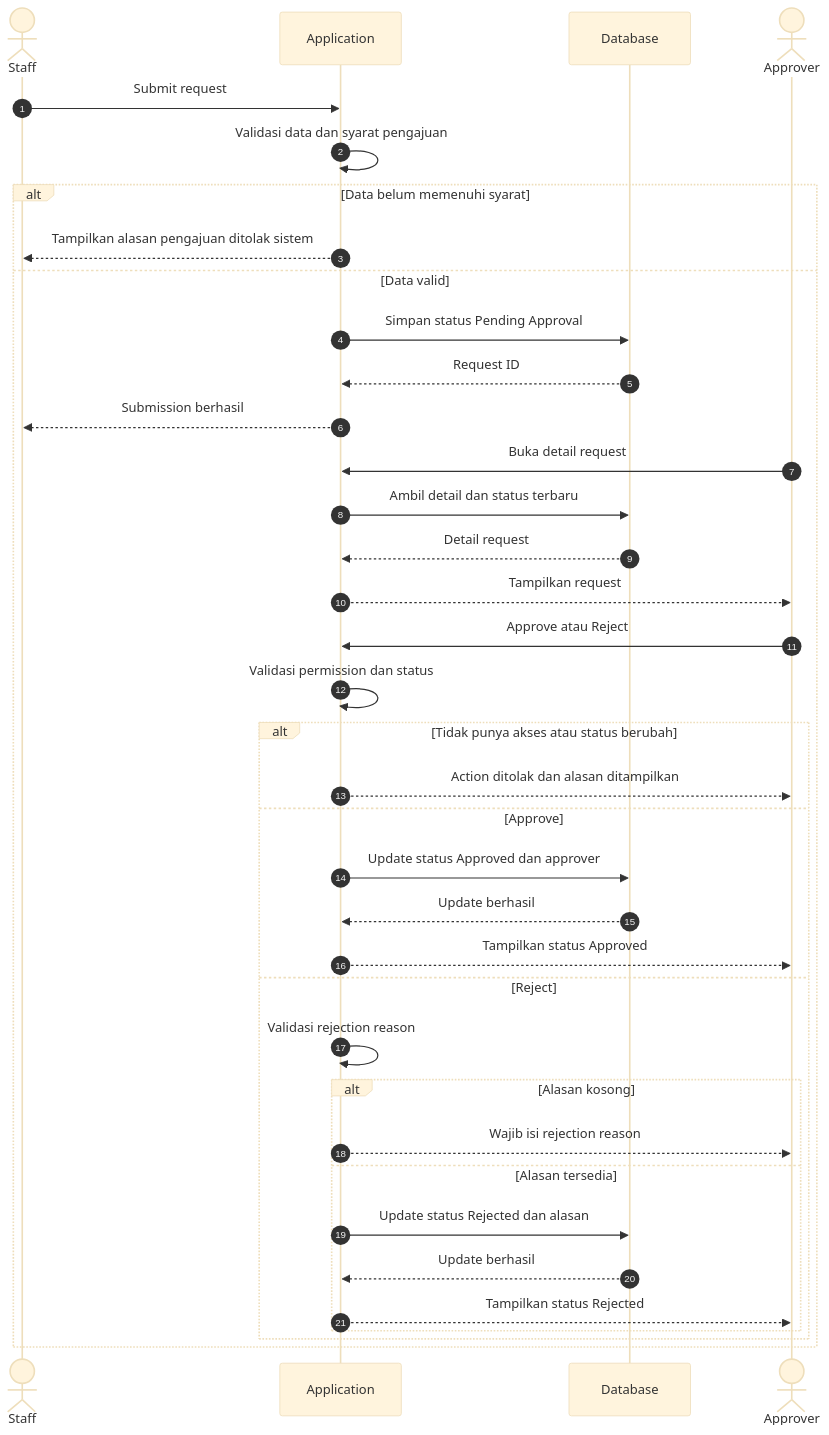
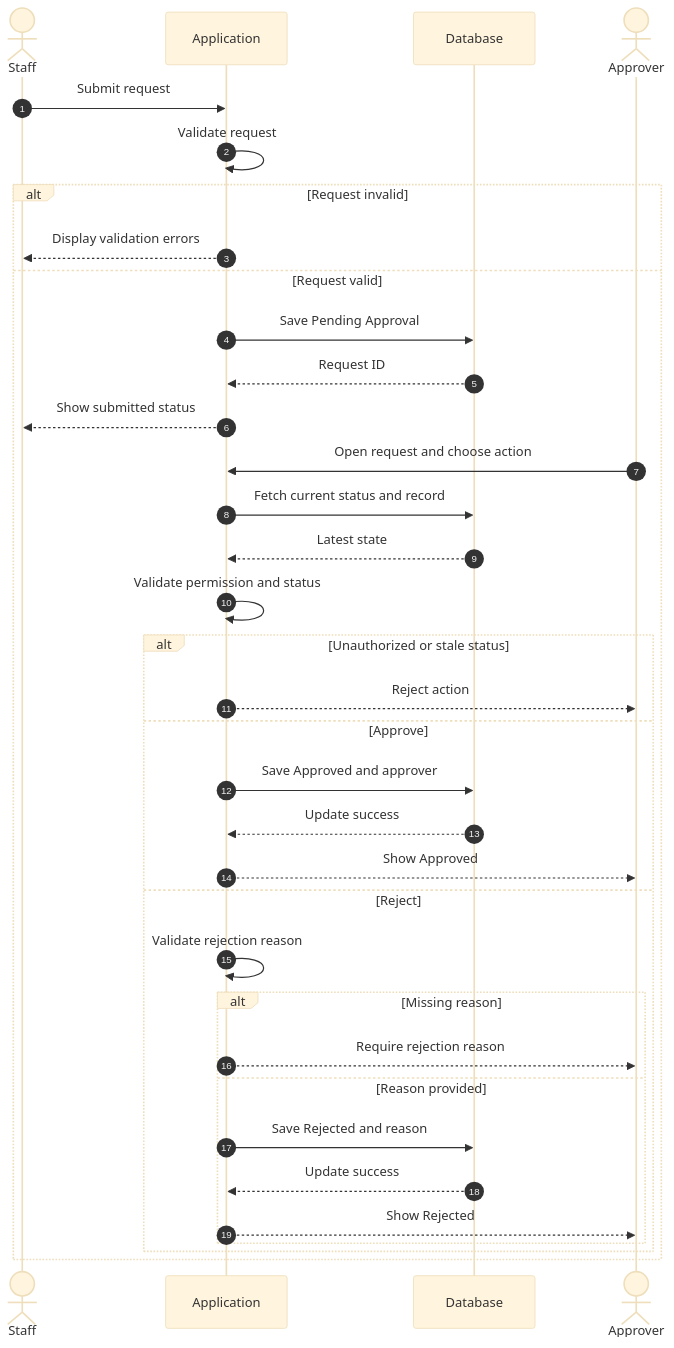
One commit to Ducklazy231/system-analysis-skill changed the third of 4 diagrams in SKILL.md. Above: the diagram before and after it, drawn with Mermaid (base theme). The commit also changed other lines of this file, not shown here.

````diff
--- a/SKILL.md
+++ b/SKILL.md
@@ -481,40 +242,40 @@
 ```mermaid
 sequenceDiagram
     autonumber
-    actor Staff as Staff
+    actor Staff
     participant App as Application
     participant DB as Database
-    actor Appr as Approver
+    actor Approver
 
     Staff->>App: Submit request
-    App->>App: Validasi data dan syarat pengajuan
-    alt Data belum memenuhi syarat
-        App-->>Staff: Tampilkan alasan pengajuan ditolak sistem
-    else Data valid
-        App->>DB: Simpan status Pending Approval
+    App->>App: Validate request
+    alt Request invalid
+        App-->>Staff: Display validation errors
+    else Request valid
+        App->>DB: Save Pending Approval
         DB-->>App: Request ID
-        App-->>Staff: Submission berhasil
-        Appr->>App: Buka detail request
-        App->>DB: Ambil detail dan status terbaru
-        DB-->>App: Detail request
-        App-->>Appr: Tampilkan request
-        Appr->>App: Approve atau Reject
-        App->>App: Validasi permission dan status
-        alt Tidak punya akses atau status berubah
-            App-->>Appr: Action ditolak dan alasan ditampilkan
+        App-->>Staff: Show submitted status
+
+        Approver->>App: Open request and choose action
+        App->>DB: Fetch current status and record
+        DB-->>App: Latest state
+        App->>App: Validate permission and status
+
+        alt Unauthorized or stale status
+            App-->>Approver: Reject action
         else Approve
-            App->>DB: Update status Approved dan approver
-            DB-->>App: Update berhasil
-            App-->>Appr: Tampilkan status Approved
+            App->>DB: Save Approved and approver
+            DB-->>App: Update success
+            App-->>Approver: Show Approved
         else Reject
-            App->>App: Validasi rejection reason
-            alt Alasan kosong
-                App-->>Appr: Wajib isi rejection reason
-            else Alasan tersedia
-                App->>DB: Update status Rejected dan alasan
-                DB-->>App: Update berhasil
-                App-->>Appr: Tampilkan status Rejected
+            App->>App: Validate rejection reason
+            alt Missing reason
+                App-->>Approver: Require rejection reason
+            else Reason provided
+                App->>DB: Save Rejected and reason
+                DB-->>App: Update success
+                App-->>Approver: Show Rejected
             end
         end
     end
 ```
````
